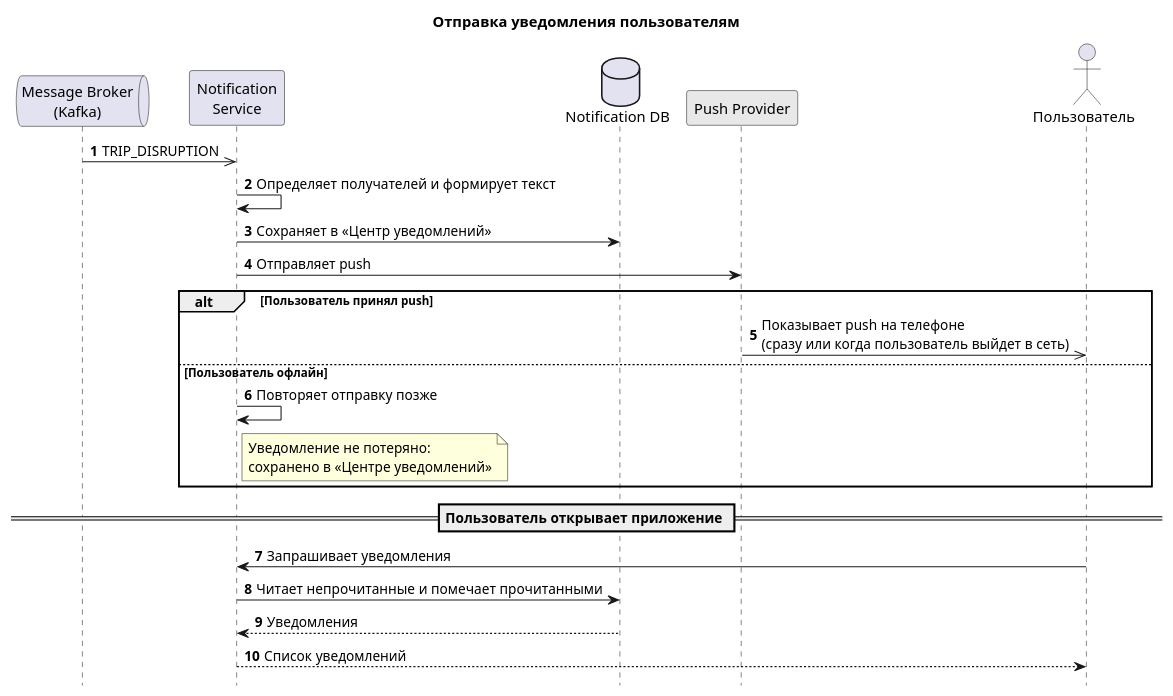
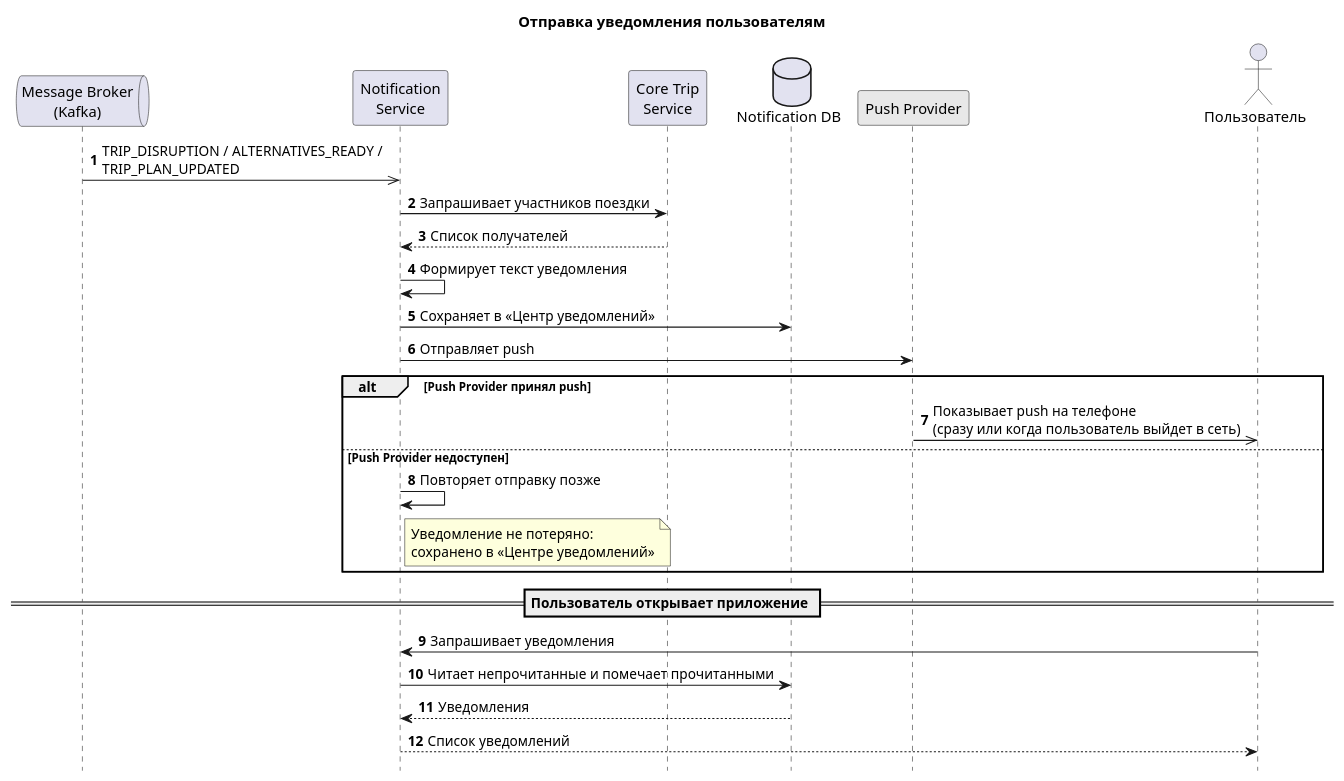
One commit to aabzalovaa/traveltech-trip-planner changed the diagram in 04-sequence/notification-delivery.md. Above: the diagram before and after it, drawn with PlantUML. The commit also changed other lines of this file, not shown here.

````diff
--- a/04-sequence/notification-delivery.md
+++ b/04-sequence/notification-delivery.md
@@ -3,35 +4,39 @@
 ```plantuml
 @startuml
 title Отправка уведомления пользователям
 hide footbox
 autonumber
 
 queue "Message Broker\n(Kafka)" as KF
 participant "Notification\nService" as NT
+participant "Core Trip\nService" as CT
 database "Notification DB" as DB
 participant "Push Provider" as PP #E8E8E8
 actor "Пользователь" as U
 
-KF ->> NT : TRIP_DISRUPTION
+KF ->> NT : TRIP_DISRUPTION / ALTERNATIVES_READY /\nTRIP_PLAN_UPDATED
 
-NT -> NT : Определяет получателей и формирует текст
+NT -> CT : Запрашивает участников поездки
+CT --> NT : Список получателей
+
+NT -> NT : Формирует текст уведомления
 
 NT -> DB : Сохраняет в «Центр уведомлений»
 
 NT -> PP : Отправляет push
 
-alt Пользователь принял push
+alt Push Provider принял push
   PP ->> U : Показывает push на телефоне\n(сразу или когда пользователь выйдет в сеть)
-else Пользователь офлайн
+else Push Provider недоступен
   NT -> NT : Повторяет отправку позже
   note right of NT : Уведомление не потеряно:\nсохранено в «Центре уведомлений»
 end
 
 == Пользователь открывает приложение ==
 
 U -> NT : Запрашивает уведомления
 NT -> DB : Читает непрочитанные и помечает прочитанными
 DB --> NT : Уведомления
 NT --> U : Список уведомлений
 @enduml
 ```
````
